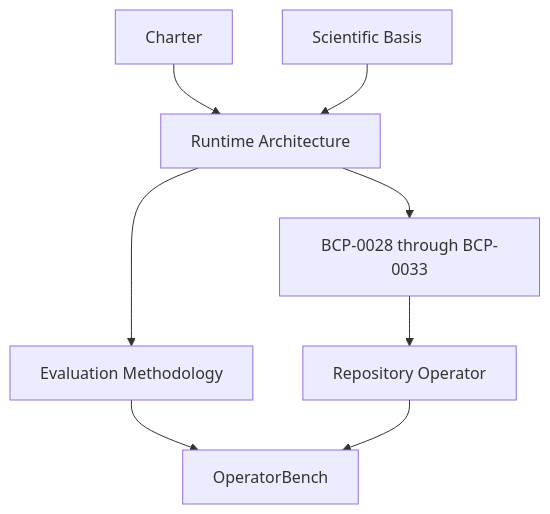
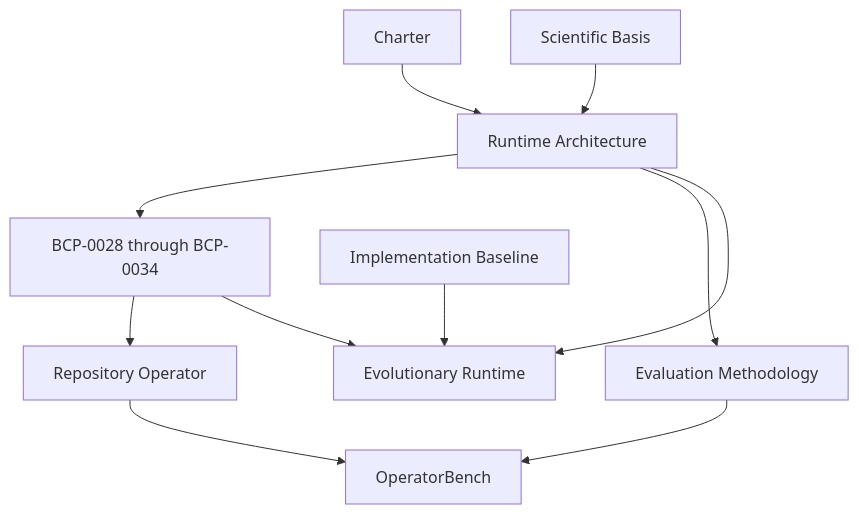
Before and after one commit to kmosoti/blackcell: the diagram in docs/atlas/graph.md, drawn with Mermaid. The commit also changed other lines of this file and 8 other files, not shown here.

Commit message:
docs(architecture): ratify evolutionary runtime design

````diff
--- a/docs/atlas/graph.md
+++ b/docs/atlas/graph.md
@@ -15,10 +17,13 @@
 ```mermaid
 flowchart TD
     Charter[Charter] --> Architecture[Runtime Architecture]
     Science[Scientific Basis] --> Architecture
-    Architecture --> Specs[BCP-0028 through BCP-0033]
+    Architecture --> Specs[BCP-0028 through BCP-0034]
     Architecture --> Evaluation[Evaluation Methodology]
     Specs --> Operator[Repository Operator]
     Evaluation --> Bench[OperatorBench]
     Operator --> Bench
+    Baseline[Implementation Baseline] --> Evolution[Evolutionary Runtime]
+    Architecture --> Evolution
+    Specs --> Evolution
 ```
````
